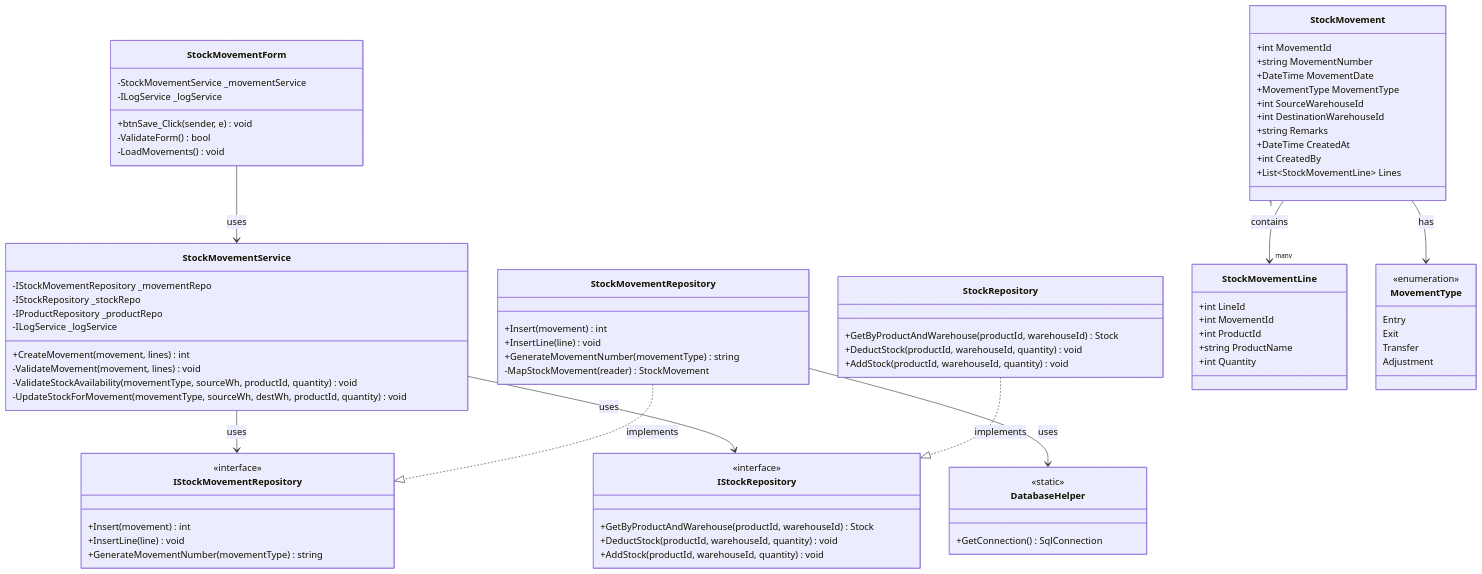
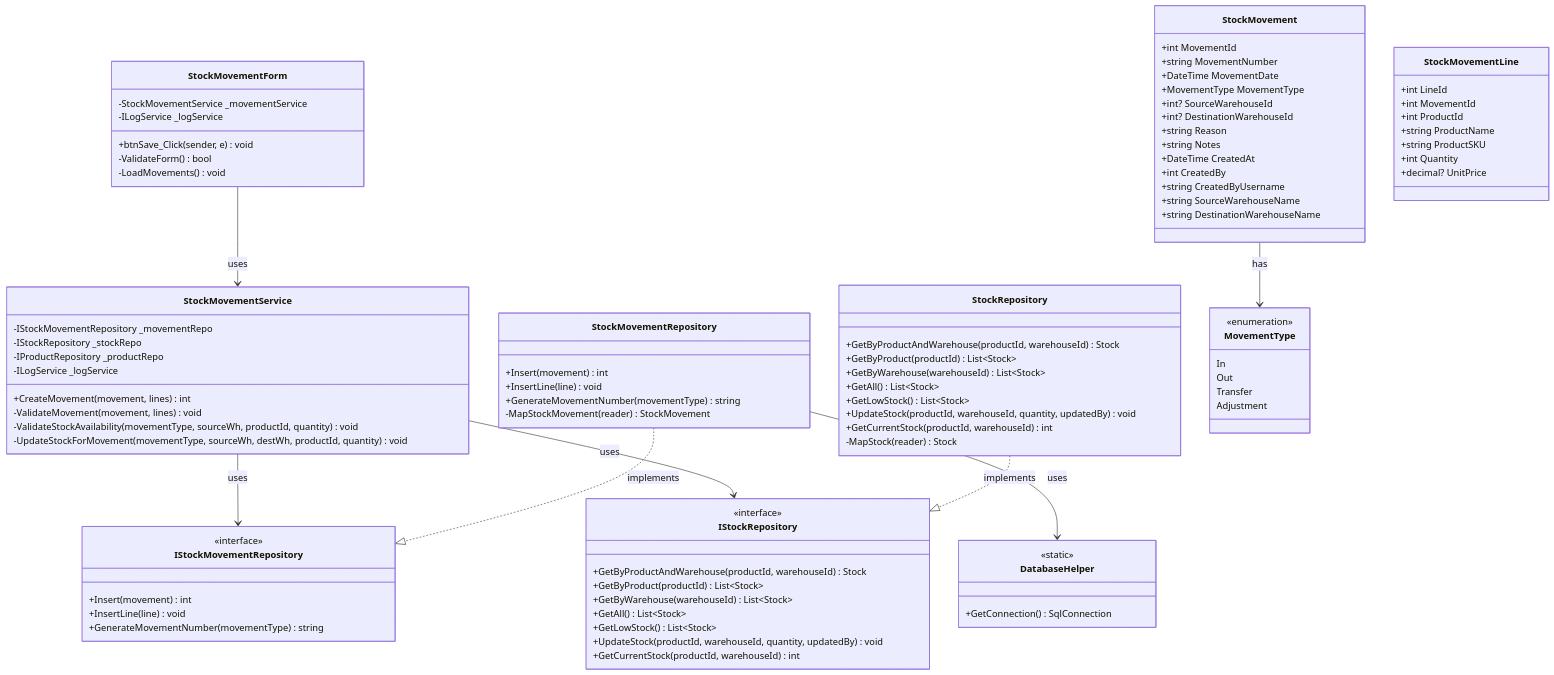
The first of 8 diagrams in Documentation/UML_Diagrams/07_Stock_Movement_Process_Class_Diagram.md (nahuk86/tp_diploma_nk_2026), drawn with Mermaid before and after one commit. The commit also changed other lines of this file and 6 other files, not shown here.

Commit message:
Update UML diagrams 01-07 to reflect actual implementation

````diff
--- a/Documentation/UML_Diagrams/07_Stock_Movement_Process_Class_Diagram.md
+++ b/Documentation/UML_Diagrams/07_Stock_Movement_Process_Class_Diagram.md
@@ -44,14 +44,23 @@
     class IStockRepository {
         <<interface>>
         +GetByProductAndWarehouse(productId, warehouseId) Stock
-        +DeductStock(productId, warehouseId, quantity) void
-        +AddStock(productId, warehouseId, quantity) void
+        +GetByProduct(productId) List~Stock~
+        +GetByWarehouse(warehouseId) List~Stock~
+        +GetAll() List~Stock~
+        +GetLowStock() List~Stock~
+        +UpdateStock(productId, warehouseId, quantity, updatedBy) void
+        +GetCurrentStock(productId, warehouseId) int
     }
 
     class StockRepository {
         +GetByProductAndWarehouse(productId, warehouseId) Stock
-        +DeductStock(productId, warehouseId, quantity) void
-        +AddStock(productId, warehouseId, quantity) void
+        +GetByProduct(productId) List~Stock~
+        +GetByWarehouse(warehouseId) List~Stock~
+        +GetAll() List~Stock~
+        +GetLowStock() List~Stock~
+        +UpdateStock(productId, warehouseId, quantity, updatedBy) void
+        +GetCurrentStock(productId, warehouseId) int
+        -MapStock(reader) Stock
     }
 
     class DatabaseHelper {
@@ -64,12 +73,15 @@
         +string MovementNumber
         +DateTime MovementDate
         +MovementType MovementType
-        +int SourceWarehouseId
-        +int DestinationWarehouseId
-        +string Remarks
+        +int? SourceWarehouseId
+        +int? DestinationWarehouseId
+        +string Reason
+        +string Notes
         +DateTime CreatedAt
         +int CreatedBy
-        +List~StockMovementLine~ Lines
+        +string CreatedByUsername
+        +string SourceWarehouseName
+        +string DestinationWarehouseName
     }
 
     class StockMovementLine {
@@ -77,13 +89,15 @@
         +int MovementId
         +int ProductId
         +string ProductName
+        +string ProductSKU
         +int Quantity
+        +decimal? UnitPrice
     }
 
     class MovementType {
         <<enumeration>>
-        Entry
-        Exit
+        In
+        Out
         Transfer
         Adjustment
     }
@@ -94,6 +108,5 @@
     StockMovementRepository ..|> IStockMovementRepository : implements
     StockRepository ..|> IStockRepository : implements
     StockMovementRepository --> DatabaseHelper : uses
-    StockMovement "1" --> "many" StockMovementLine : contains
     StockMovement --> MovementType : has
 ```
````
